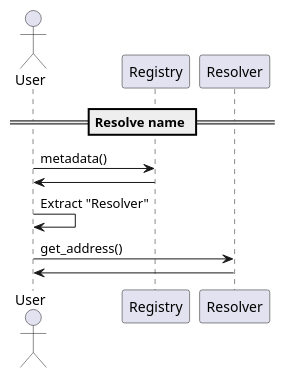
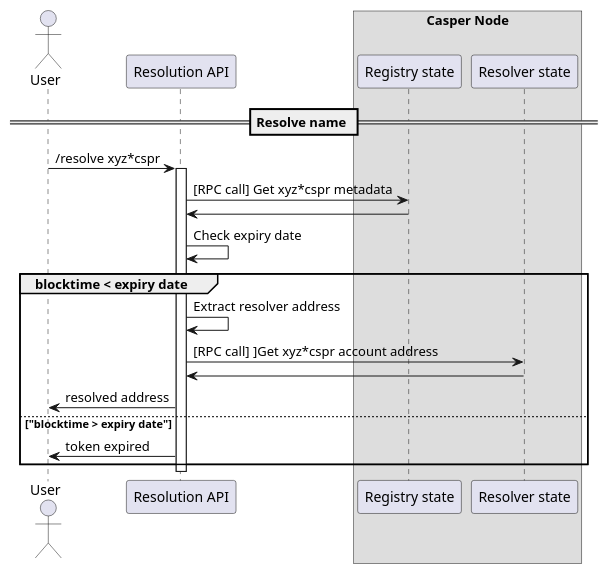
One commit to make-software/cspr-name-contracts changed the diagram in docs/sequence-diagrams/puml/resolve-name.puml. Above: the diagram before and after it, drawn with PlantUML. The commit also changed 23 other files, not shown here.

```diff
--- a/docs/sequence-diagrams/puml/resolve-name.puml
+++ b/docs/sequence-diagrams/puml/resolve-name.puml
@@ -1,19 +1,30 @@
 @startuml
 'https://plantuml.com/sequence-diagram
 
 'autonumber
 actor User
-participant "Registry"
-participant "Resolver"
-
+participant "Resolution API"
+box Casper Node
+participant "Registry state"
+participant "Resolver state"
+end box
 == Resolve name ==
 
-User -> Registry: metadata()
-Registry -> User
+User -> "Resolution API": /resolve xyz*cspr
+activate "Resolution API"
+"Resolution API" -> "Registry state": [RPC call] Get xyz*cspr metadata
+"Registry state" -> "Resolution API"
 
-User -> User: Extract "Resolver"
+"Resolution API" -> "Resolution API": Check expiry date
 
-User -> Resolver: get_address()
-Resolver -> User
+group blocktime < expiry date
+"Resolution API" -> "Resolution API": Extract resolver address
+"Resolution API" -> "Resolver state": [RPC call] ]Get xyz*cspr account address
+"Resolver state" -> "Resolution API"
+"Resolution API" -> User: resolved address
+else "blocktime > expiry date"
+"Resolution API" -> User: token expired
+end
+deactivate "Resolution API"
 
 @enduml
```
